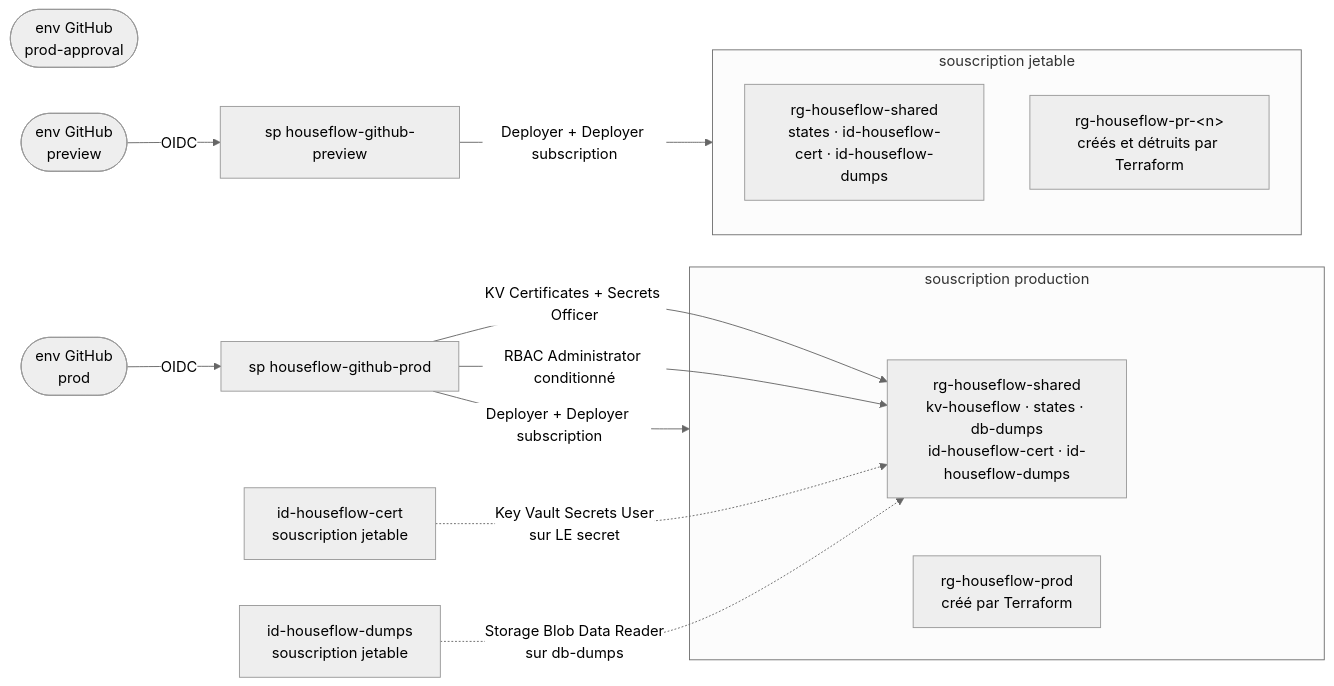
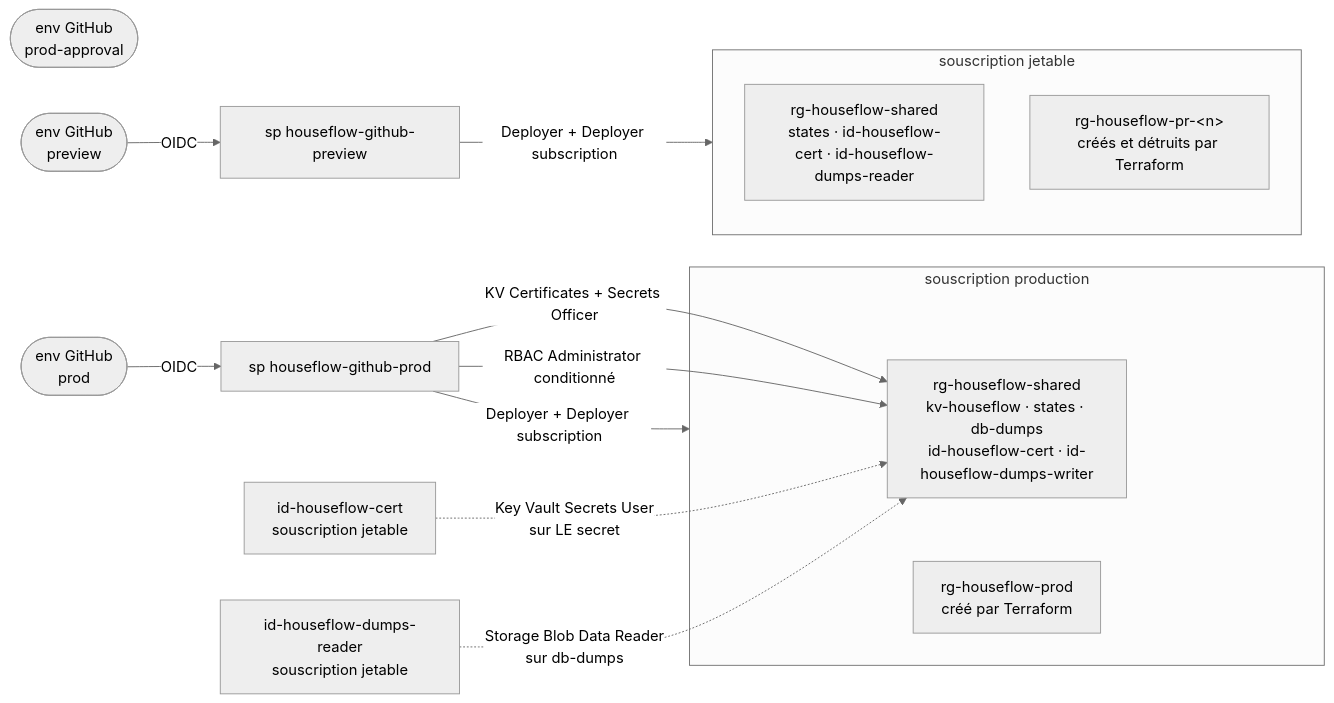
One commit to BarbeRouss/HouseFlow changed the diagram in infrastructure/rbac/README.md. Above: the diagram before and after it, drawn with Mermaid (neutral theme). The commit also changed other lines of this file and 11 other files, not shown here.

````diff
--- a/infrastructure/rbac/README.md
+++ b/infrastructure/rbac/README.md
@@ -33,26 +33,26 @@
 ```mermaid
 graph LR
   EA(["env GitHub<br/>prod-approval"])
 
   EO(["env GitHub<br/>prod"]) -->|OIDC| SPO["sp houseflow-github-prod"]
   EV(["env GitHub<br/>preview"]) -->|OIDC| SPV["sp houseflow-github-preview"]
 
   subgraph SUBP ["souscription production"]
-    RGS["rg-houseflow-shared<br/>kv-houseflow · states · db-dumps<br/>id-houseflow-cert · id-houseflow-dumps"]
+    RGS["rg-houseflow-shared<br/>kv-houseflow · states · db-dumps<br/>id-houseflow-cert · id-houseflow-dumps-writer"]
     RGO["rg-houseflow-prod<br/>créé par Terraform"]
   end
 
   subgraph SUBE ["souscription jetable"]
-    RGSE["rg-houseflow-shared<br/>states · id-houseflow-cert · id-houseflow-dumps"]
+    RGSE["rg-houseflow-shared<br/>states · id-houseflow-cert · id-houseflow-dumps-reader"]
     RGX["rg-houseflow-pr-&lt;n&gt;<br/>créés et détruits par Terraform"]
   end
 
   SPO -->|Deployer + Deployer subscription| SUBP
   SPO -->|KV Certificates + Secrets Officer| RGS
   SPO -->|RBAC Administrator conditionné| RGS
 
   SPV -->|Deployer + Deployer subscription| SUBE
 
   IDC["id-houseflow-cert<br/>souscription jetable"] -.->|Key Vault Secrets User<br/>sur LE secret| RGS
-  IDD["id-houseflow-dumps<br/>souscription jetable"] -.->|Storage Blob Data Reader<br/>sur db-dumps| RGS
+  IDD["id-houseflow-dumps-reader<br/>souscription jetable"] -.->|Storage Blob Data Reader<br/>sur db-dumps| RGS
 ```
````
